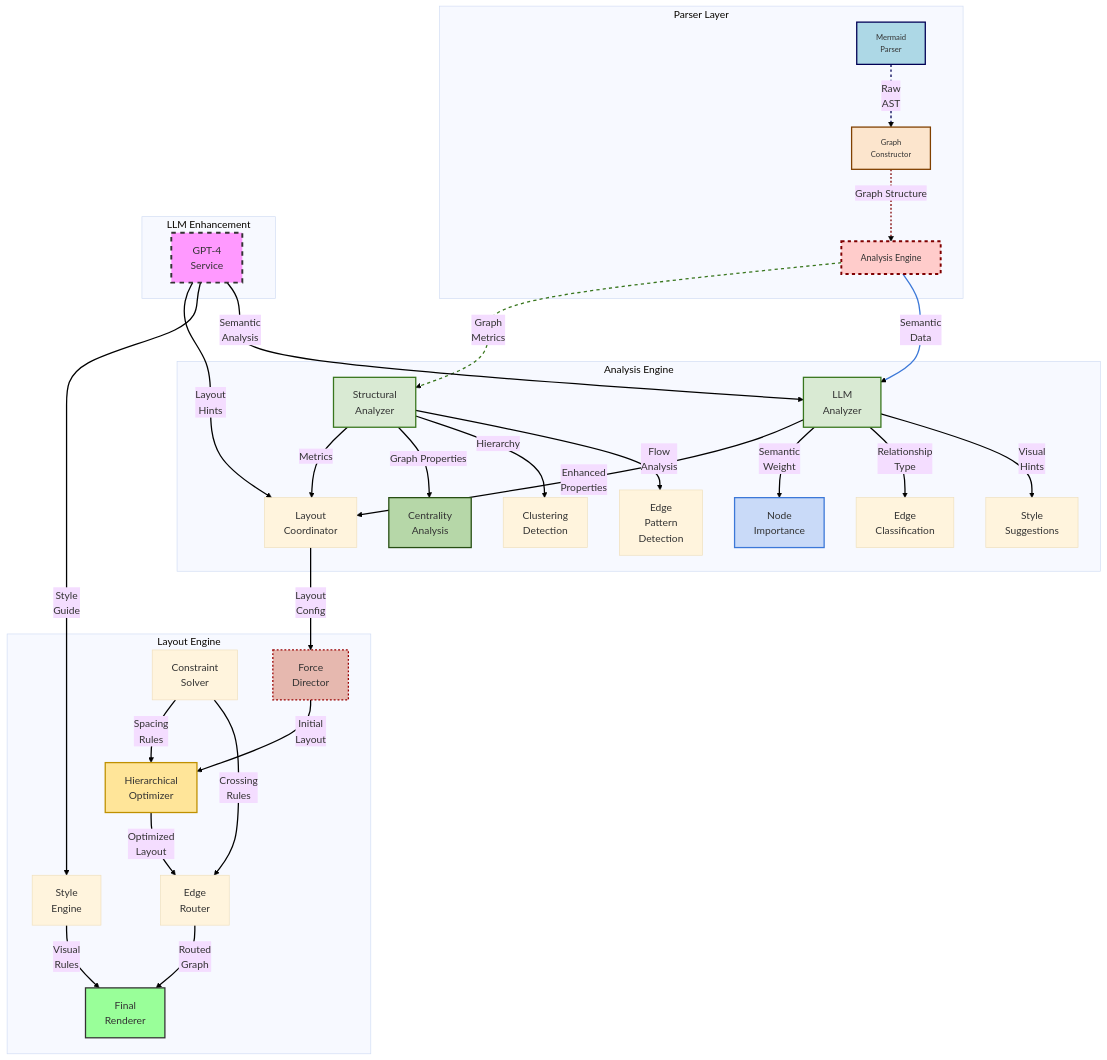
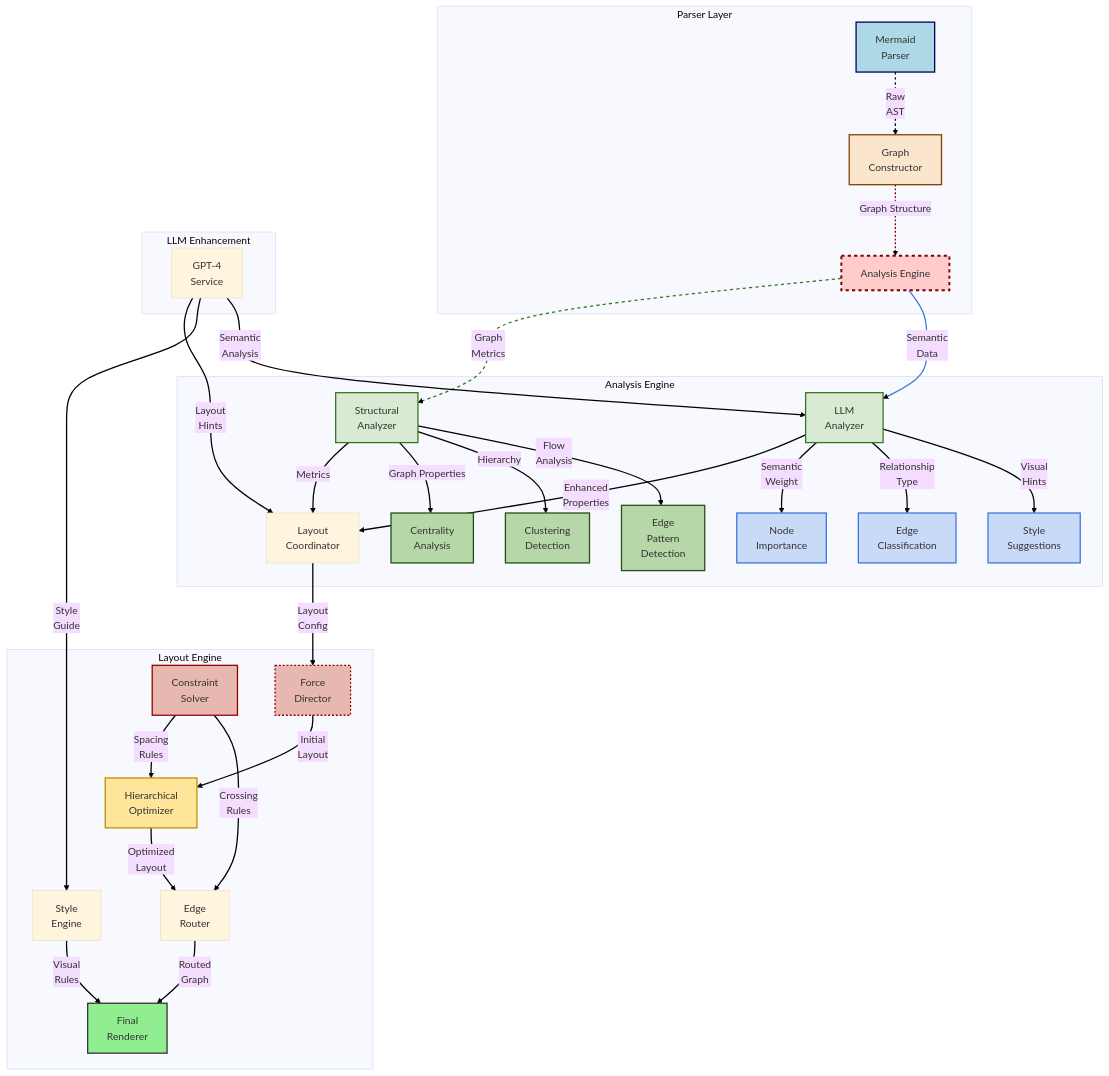
The first of 2 diagrams in README.md (nshkrdotcom/MuseLayout), drawn with Mermaid (base theme) before and after one commit.

````diff
--- a/README.md
+++ b/README.md
@@ -19,60 +19,62 @@
 ```mermaid
 graph 
     subgraph "Parser Layer"
         A[Mermaid<br>Parser] -->|Raw<br>AST| B[Graph<br>Constructor]
         B -->|Graph Structure| C[Analysis Engine]
     end
 
     subgraph "Analysis Engine"
         C -->|Graph<br>Metrics| D[Structural<br>Analyzer]
         C -->|Semantic<br>Data| E[LLM<br>Analyzer]
         
         D -->|Metrics| F[Layout<br>Coordinator]
         E -->|Enhanced<br> Properties| F
         
         D -->|Graph Properties| D1[Centrality<br>Analysis]
         D -->|Hierarchy| D2[Clustering<br>Detection]
         D -->|Flow<br>Analysis| D3[Edge<br>Pattern<br>Detection]
         
         E -->|Semantic<br>Weight| E1[Node<br>Importance]
         E -->|Relationship<br>Type| E2[Edge<br>Classification]
         E -->|Visual<br>Hints| E3[Style<br>Suggestions]
     end
 
     subgraph "Layout&nbsp;Engine"
         F -->|Layout<br>Config| G[Force<br>Director]
         G -->|Initial<br>Layout| H[Hierarchical<br>Optimizer]
         H -->|Optimized<br>Layout| I[Edge<br>Router]
         
         J[Constraint<br>Solver] -->|Spacing<br>Rules| H
         J -->|Crossing<br>Rules| I
         
         K[Style<br>Engine] -->|Visual<br>Rules| L[Final<br>Renderer]
         I -->|Routed<br>Graph| L
     end
 
     subgraph "LLM&nbsp;Enhancement"
         M[GPT-4<br>Service] -->|Layout<br>Hints| F
         M -->|Style<br>Guide| K
         M -->|Semantic<br>Analysis| E
     end
 
-    style A fill:#add8e6,stroke:#005,stroke-width:2px,font-size:12px
-    style B fill:#fce5cd,stroke:#804000,stroke-width:2px,font-size:12px
-    style C fill:#ffcccb,stroke:#800000,stroke-width:3px,font-size:14px,stroke-dasharray:5,5
-    style D fill:#d9ead3,stroke:#38761d,stroke-width:2px
-    style E fill:#d9ead3,stroke:#38761d,stroke-width:2px
-    style D1 fill:#b6d7a8,stroke:#274e13,stroke-width:2px
-    style E1 fill:#c9daf8,stroke:#3c78d8,stroke-width:2px
-    style G fill:#e6b8af,stroke:#990000,stroke-width:2px,stroke-dasharray:3,3
-    style H fill:#ffe599,stroke:#bf9000,stroke-width:2px
-    style L fill:#9f9,stroke:#333,stroke-width:2px
-    style M fill:#f9f,stroke:#333,stroke-width:3px,stroke-dasharray:7,3
-
-    %% Connections and edges
-    linkStyle default stroke-width:2px,stroke:#000000,fill:none
+	style A fill:#add8e6,stroke:#005,stroke-width:2px
+	style B fill:#fce5cd,stroke:#804000,stroke-width:2px
+	style C fill:#ffcccb,stroke:#800000,stroke-width:3px,stroke-dasharray:5,5
+	style D fill:#d9ead3,stroke:#38761d,stroke-width:2px,font-color:#000
+	style E fill:#d9ead3,stroke:#38761d,stroke-width:2px,font-color:#000
+	style D1 fill:#b6d7a8,stroke:#274e13,stroke-width:2px,font-color:#000
+	style D2 fill:#b6d7a8,stroke:#274e13,stroke-width:2px,font-color:#000
+	style D3 fill:#b6d7a8,stroke:#274e13,stroke-width:2px,font-color:#000
+	style E1 fill:#c9daf8,stroke:#3c78d8,stroke-width:2px,font-color:#000
+	style E2 fill:#c9daf8,stroke:#3c78d8,stroke-width:2px,font-color:#000
+	style E3 fill:#c9daf8,stroke:#3c78d8,stroke-width:2px,font-color:#000
+	style G fill:#e6b8af,stroke:#990000,stroke-width:2px,stroke-dasharray:3,3
+	style H fill:#ffe599,stroke:#bf9000,stroke-width:2px
+	style J fill:#e6b8af,stroke:#990000,stroke-width:2px
+	style L fill:#90ee90,stroke:#333,stroke-width:2px
+	linkStyle default stroke-width:2px,stroke:#000000,fill:none
     linkStyle 0 stroke:#005,stroke-width:2px,stroke-dasharray:4,2
     linkStyle 1 stroke:#800000,stroke-width:2px,stroke-dasharray:3,3
     linkStyle 2 stroke:#38761d,stroke-width:2px,stroke-dasharray:5,5
     linkStyle 3 stroke:#3c78d8,stroke-width:2px,fill:none
 ```
````
